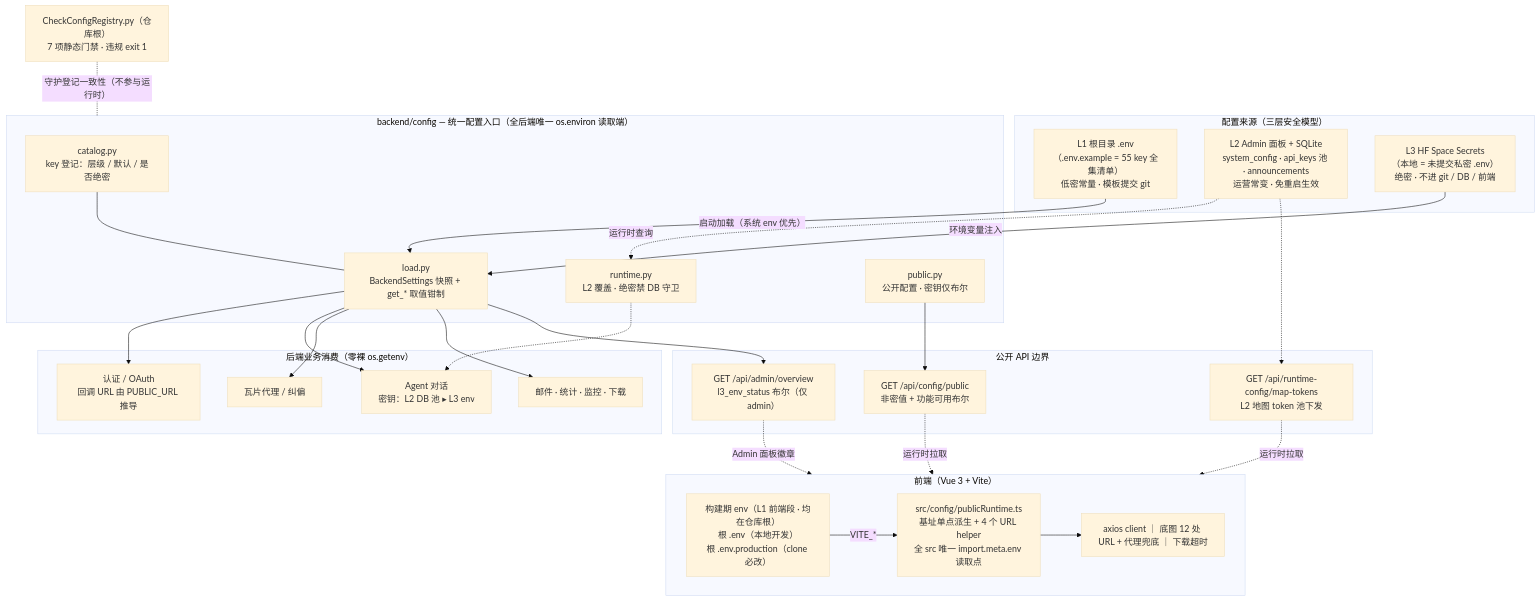
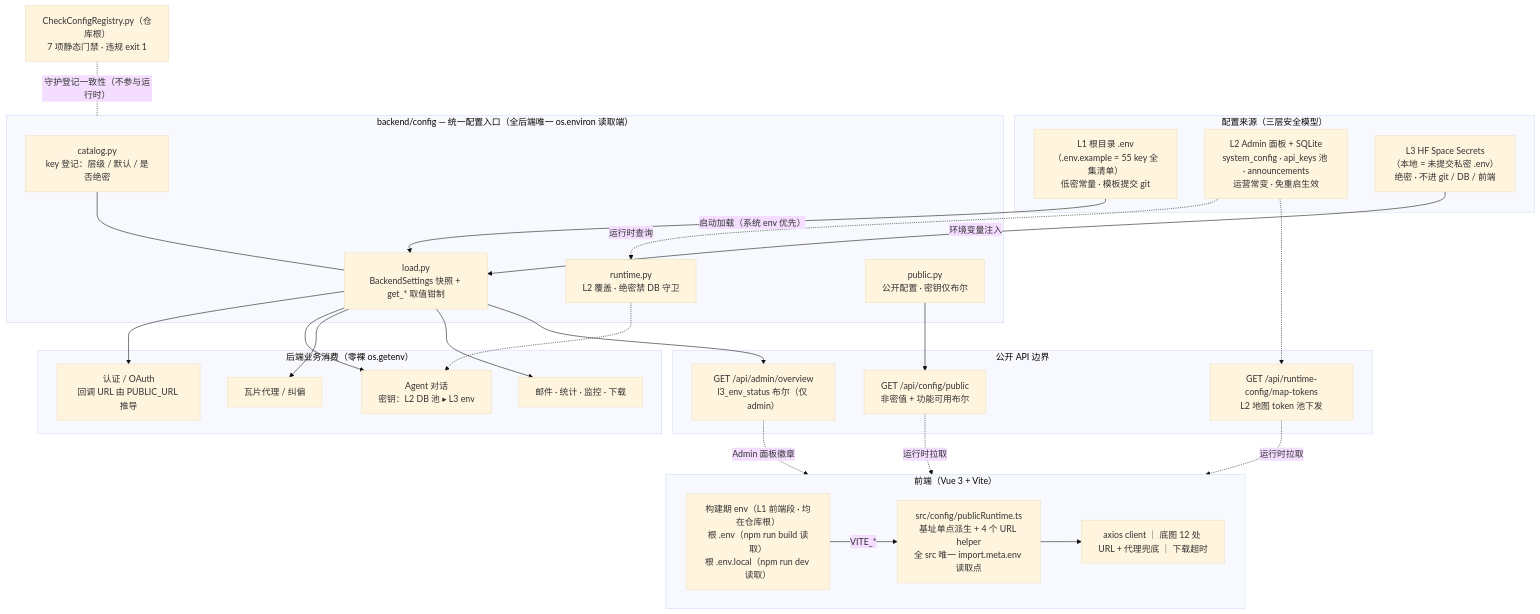
The first of 2 diagrams in Docs/Architecture/configuration-three-tier.md (NEGIAO/WebGIS-Dev), drawn with Mermaid (base theme) before and after one commit. The commit also changed other lines of this file and 19 other files, not shown here.

Commit message:
Debug:环境读取 部署环境读取.env 本地开发读取.env.local

````diff
--- a/Docs/Architecture/configuration-three-tier.md
+++ b/Docs/Architecture/configuration-three-tier.md
@@ -14,57 +14,57 @@
 ```mermaid
 flowchart TB
     subgraph SRC["配置来源（三层安全模型）"]
         L1["L1 根目录 .env<br/>（.env.example = 55 key 全集清单）<br/>低密常量 · 模板提交 git"]
         L2["L2 Admin 面板 + SQLite<br/>system_config · api_keys 池 · announcements<br/>运营常变 · 免重启生效"]
         L3["L3 HF Space Secrets<br/>（本地 = 未提交私密 .env）<br/>绝密 · 不进 git / DB / 前端"]
     end
 
     subgraph CFG["backend/config — 统一配置入口（全后端唯一 os.environ 读取端）"]
         CAT["catalog.py<br/>key 登记：层级 / 默认 / 是否绝密"]
         LOAD["load.py<br/>BackendSettings 快照 + get_* 取值钳制"]
         RT["runtime.py<br/>L2 覆盖 · 绝密禁 DB 守卫"]
         PUB["public.py<br/>公开配置 · 密钥仅布尔"]
     end
 
     L1 -- "启动加载（系统 env 优先）" --> LOAD
     L3 -- "环境变量注入" --> LOAD
     L2 -. "运行时查询" .-> RT
     CAT --- LOAD
 
     subgraph BIZ["后端业务消费（零裸 os.getenv）"]
         AUTH["认证 / OAuth<br/>回调 URL 由 PUBLIC_URL 推导"]
         AGENT["Agent 对话<br/>密钥：L2 DB 池 ▸ L3 env"]
         TILE["瓦片代理 / 纠偏"]
         MISC["邮件 · 统计 · 监控 · 下载"]
     end
 
     LOAD --> AUTH
     LOAD --> AGENT
     LOAD --> TILE
     LOAD --> MISC
     RT -.-> AGENT
 
     subgraph API["公开 API 边界"]
         P1["GET /api/config/public<br/>非密值 + 功能可用布尔"]
         P2["GET /api/runtime-config/map-tokens<br/>L2 地图 token 池下发"]
         P3["GET /api/admin/overview<br/>l3_env_status 布尔（仅 admin）"]
     end
 
     PUB --> P1
     L2 -.-> P2
     LOAD --> P3
 
     subgraph FE["前端（Vue 3 + Vite）"]
-        ENVF["构建期 env（L1 前端段 · 均在仓库根）<br/>根 .env（本地开发）<br/>根 .env.production（clone 必改）"]
+        ENVF["构建期 env（L1 前端段 · 均在仓库根）<br/>根 .env（npm run build 读取）<br/>根 .env.local（npm run dev 读取）"]
         PRT["src/config/publicRuntime.ts<br/>基址单点派生 + 4 个 URL helper<br/>全 src 唯一 import.meta.env 读取点"]
         CONS["axios client ｜ 底图 12 处 URL + 代理兜底 ｜ 下载超时"]
     end
 
     ENVF -- "VITE_*" --> PRT --> CONS
     P1 -. "运行时拉取" .-> FE
     P2 -. "运行时拉取" .-> FE
     P3 -. "Admin 面板徽章" .-> FE
 
     GATE["CheckConfigRegistry.py（仓库根）<br/>7 项静态门禁 · 违规 exit 1"]
     GATE -. "守护登记一致性（不参与运行时）" .- CFG
 ```
````
